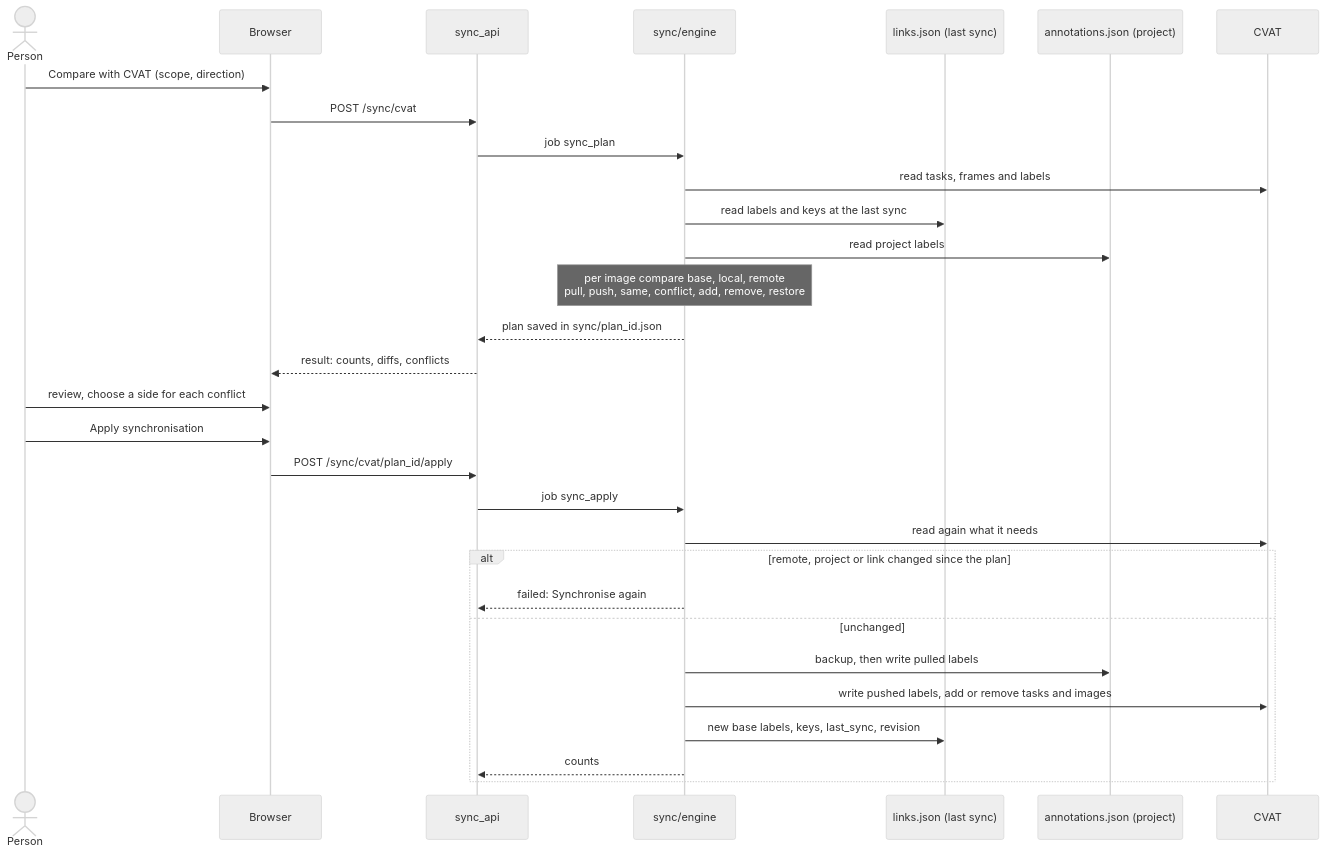
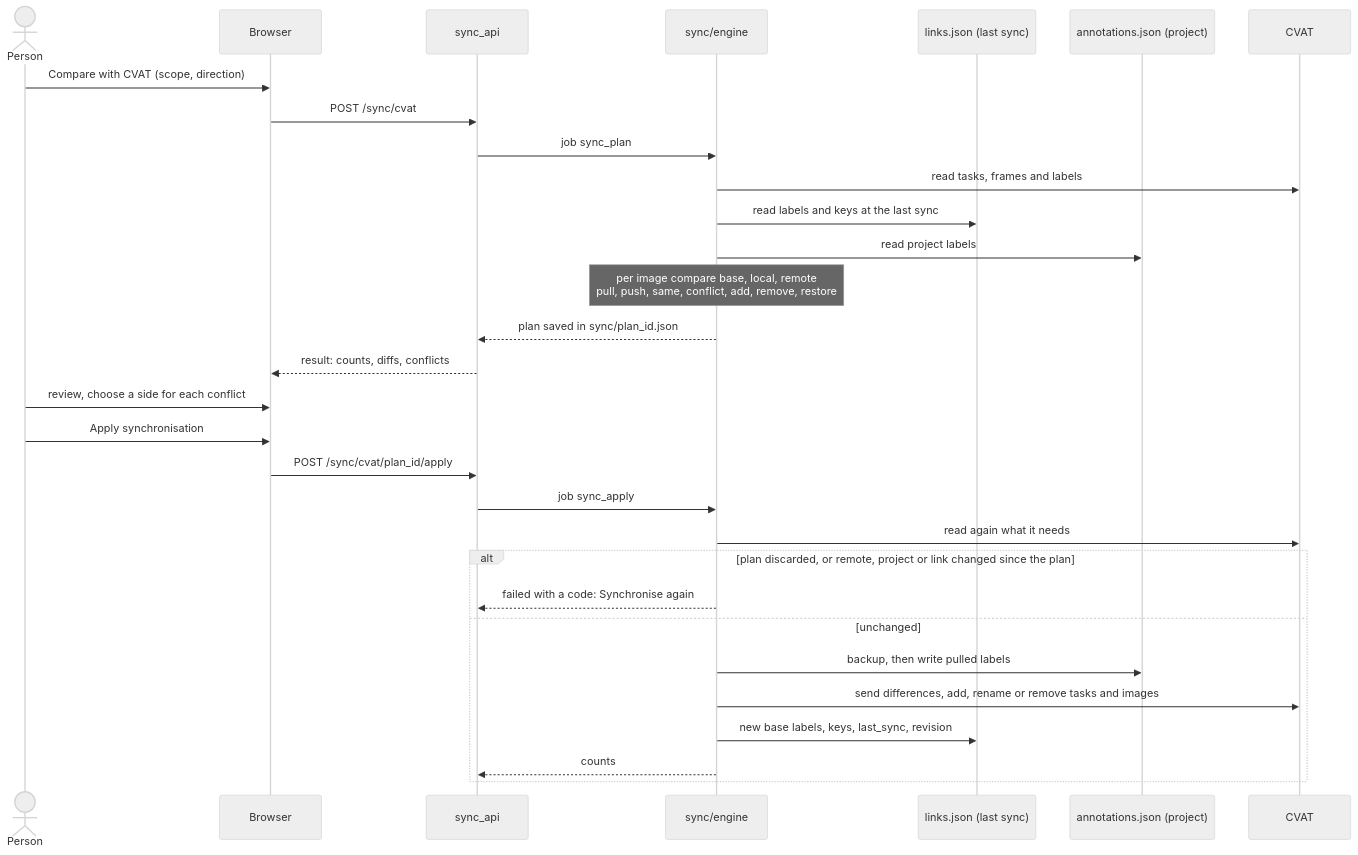
The fourth of 8 diagrams in docs/ARCHITECTURE.md (karemdm/activelabel), drawn with Mermaid (neutral theme) before and after one commit. The commit also changed other lines of this file, not shown here.

Commit message:
docs: ARCHITECTURE.md names the current modules, the worker protocol, the device rule and coded errors

````diff
--- a/docs/ARCHITECTURE.md
+++ b/docs/ARCHITECTURE.md
@@ -111,33 +118,33 @@
 ```mermaid
 sequenceDiagram
   actor P as Person
   participant UI as Browser
   participant API as sync_api
   participant E as sync/engine
   participant L as links.json (last sync)
   participant G as annotations.json (project)
   participant C as CVAT
 
   P->>UI: Compare with CVAT (scope, direction)
   UI->>API: POST /sync/cvat
   API->>E: job sync_plan
   E->>C: read tasks, frames and labels
   E->>L: read labels and keys at the last sync
   E->>G: read project labels
   Note over E: per image compare base, local, remote<br/>pull, push, same, conflict, add, remove, restore
   E-->>API: plan saved in sync/plan_id.json
   API-->>UI: result: counts, diffs, conflicts
   P->>UI: review, choose a side for each conflict
   P->>UI: Apply synchronisation
   UI->>API: POST /sync/cvat/plan_id/apply
   API->>E: job sync_apply
   E->>C: read again what it needs
-  alt remote, project or link changed since the plan
-    E-->>API: failed: Synchronise again
+  alt plan discarded, or remote, project or link changed since the plan
+    E-->>API: failed with a code: Synchronise again
   else unchanged
     E->>G: backup, then write pulled labels
-    E->>C: write pushed labels, add or remove tasks and images
+    E->>C: send differences, add, rename or remove tasks and images
     E->>L: new base labels, keys, last_sync, revision
     E-->>API: counts
   end
 ```
````
